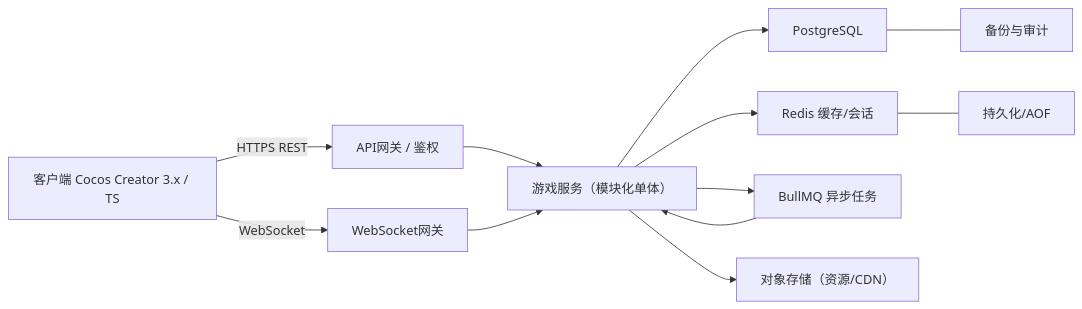
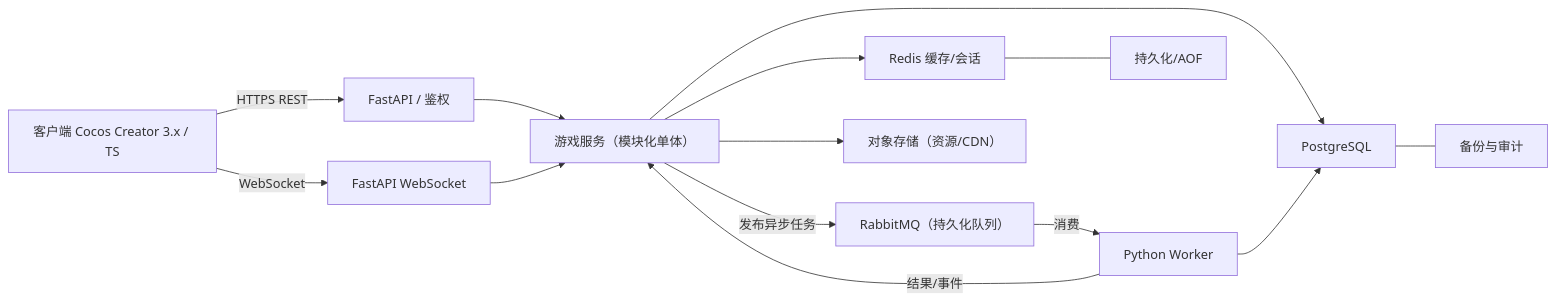
Before and after one commit to ansuns/Beyond-the-Unknown: the diagram in 无界之外_GDD_第17章_技术架构与数据规范.md, drawn with Mermaid. The commit also changed other lines of this file and 8 other files, not shown here.

First line of the commit message:
docs: finalize Python FastAPI and RabbitMQ engineering foundation

````diff
--- a/无界之外_GDD_第17章_技术架构与数据规范.md
+++ b/无界之外_GDD_第17章_技术架构与数据规范.md
@@ -55,14 +60,16 @@
 ``` mermaid
 flowchart LR
-    C["客户端 Cocos Creator 3.x / TS"] -->|HTTPS REST| GW["API网关 / 鉴权"]
-    C -->|WebSocket| WS["WebSocket网关"]
+    C["客户端 Cocos Creator 3.x / TS"] -->|HTTPS REST| GW["FastAPI / 鉴权"]
+    C -->|WebSocket| WS["FastAPI WebSocket"]
     GW --> SVC["游戏服务（模块化单体）"]
     WS --> SVC
     SVC --> PG["PostgreSQL"]
     SVC --> RD["Redis 缓存/会话"]
-    SVC --> MQ["BullMQ 异步任务"]
-    MQ --> SVC
+    SVC -->|发布异步任务| MQ["RabbitMQ（持久化队列）"]
+    MQ -->|消费| WK["Python Worker"]
+    WK --> PG
+    WK -->|结果/事件| SVC
     SVC --> OSS["对象存储（资源/CDN）"]
     PG --- BAQ["备份与审计"]
     RD --- BARD["持久化/AOF"]
 ```
````
